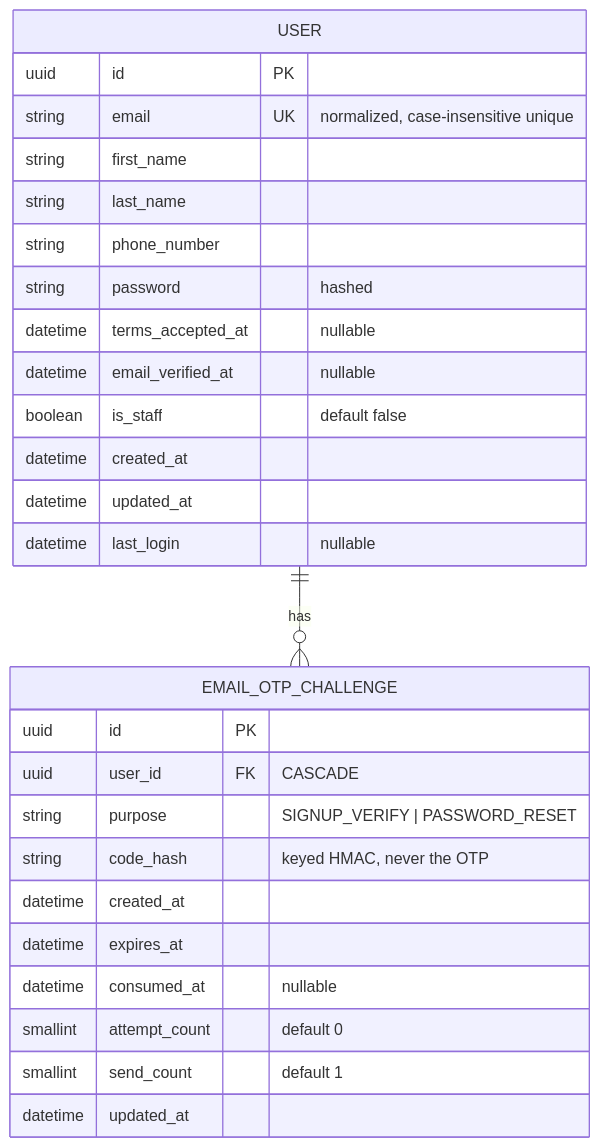
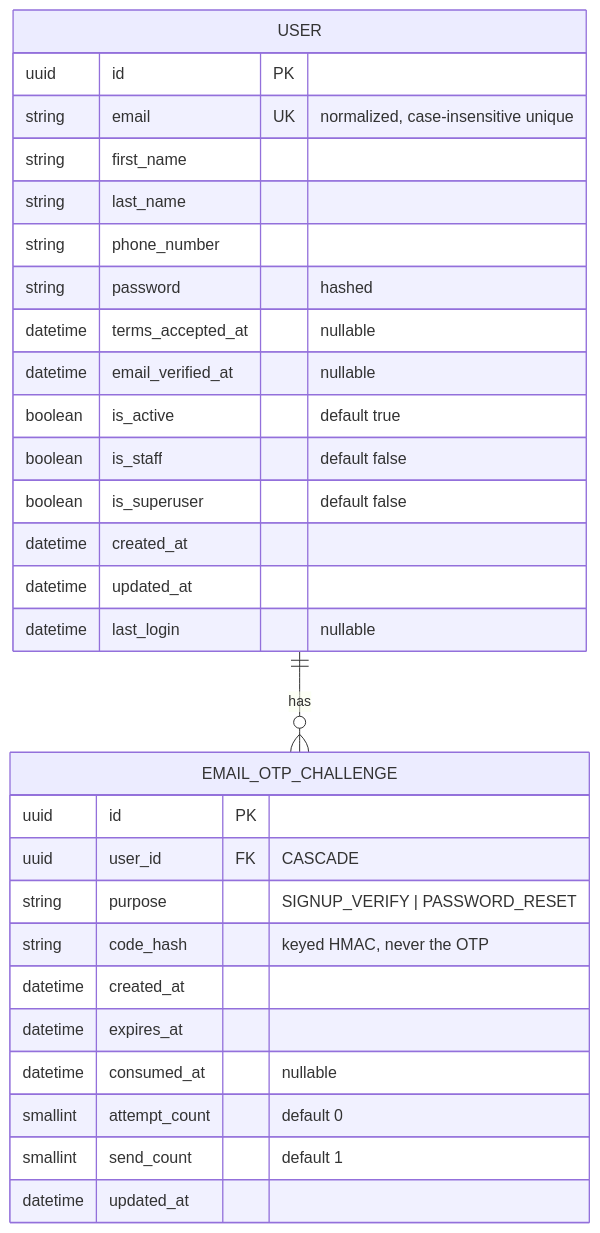
One commit to jisnasree/BookBloom changed the diagram in docs/features/authentication/database-architecture.md. Above: the diagram before and after it, drawn with Mermaid. The commit also changed other lines of this file and 1 other file, not shown here.

Commit message:
Add server-managed status flags to User model: is_active, and is_superuser

````diff
--- a/docs/features/authentication/database-architecture.md
+++ b/docs/features/authentication/database-architecture.md
@@ -5,32 +5,34 @@
 ```mermaid
 erDiagram
     USER ||--o{ EMAIL_OTP_CHALLENGE : "has"
 
     USER {
         uuid id PK
         string email UK "normalized, case-insensitive unique"
         string first_name
         string last_name
         string phone_number
         string password "hashed"
         datetime terms_accepted_at "nullable"
         datetime email_verified_at "nullable"
+        boolean is_active "default true"
         boolean is_staff "default false"
+        boolean is_superuser "default false"
         datetime created_at
         datetime updated_at
         datetime last_login "nullable"
     }
 
     EMAIL_OTP_CHALLENGE {
         uuid id PK
         uuid user_id FK "CASCADE"
         string purpose "SIGNUP_VERIFY | PASSWORD_RESET"
         string code_hash "keyed HMAC, never the OTP"
         datetime created_at
         datetime expires_at
         datetime consumed_at "nullable"
         smallint attempt_count "default 0"
         smallint send_count "default 1"
         datetime updated_at
     }
 ```
````
